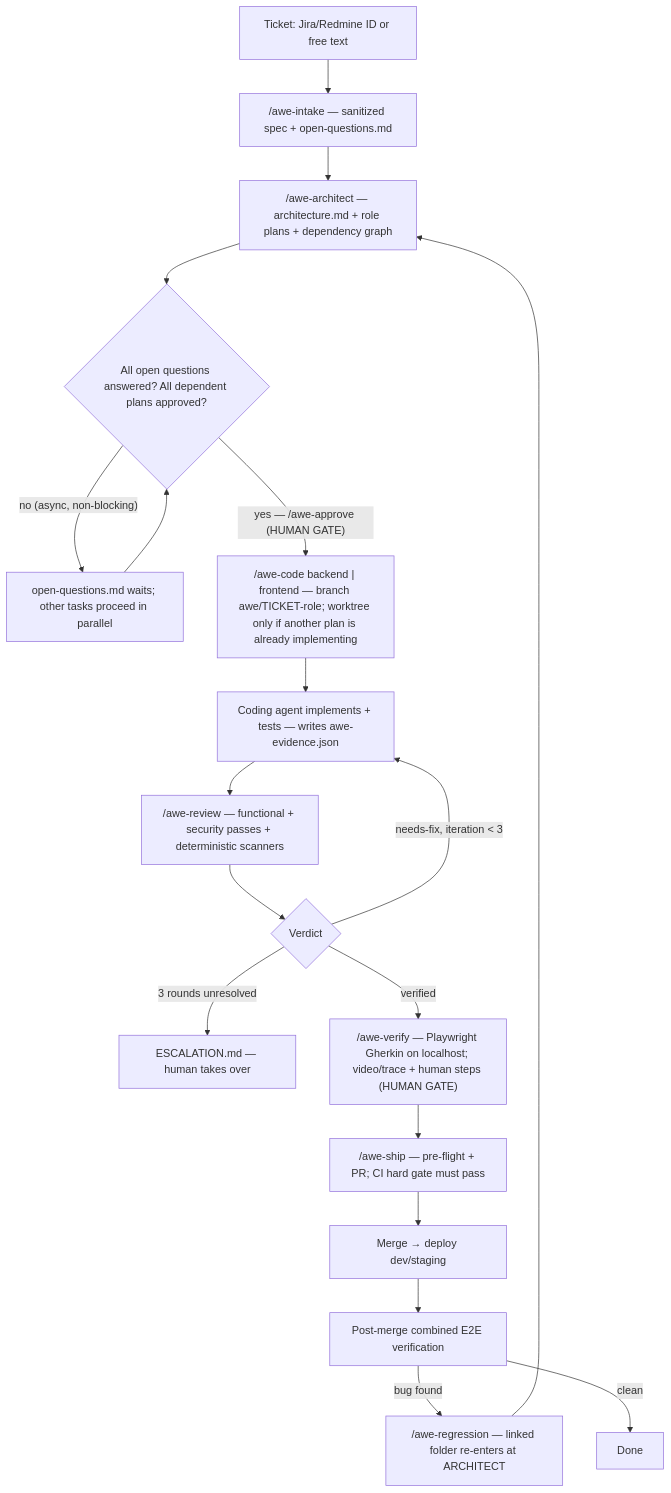
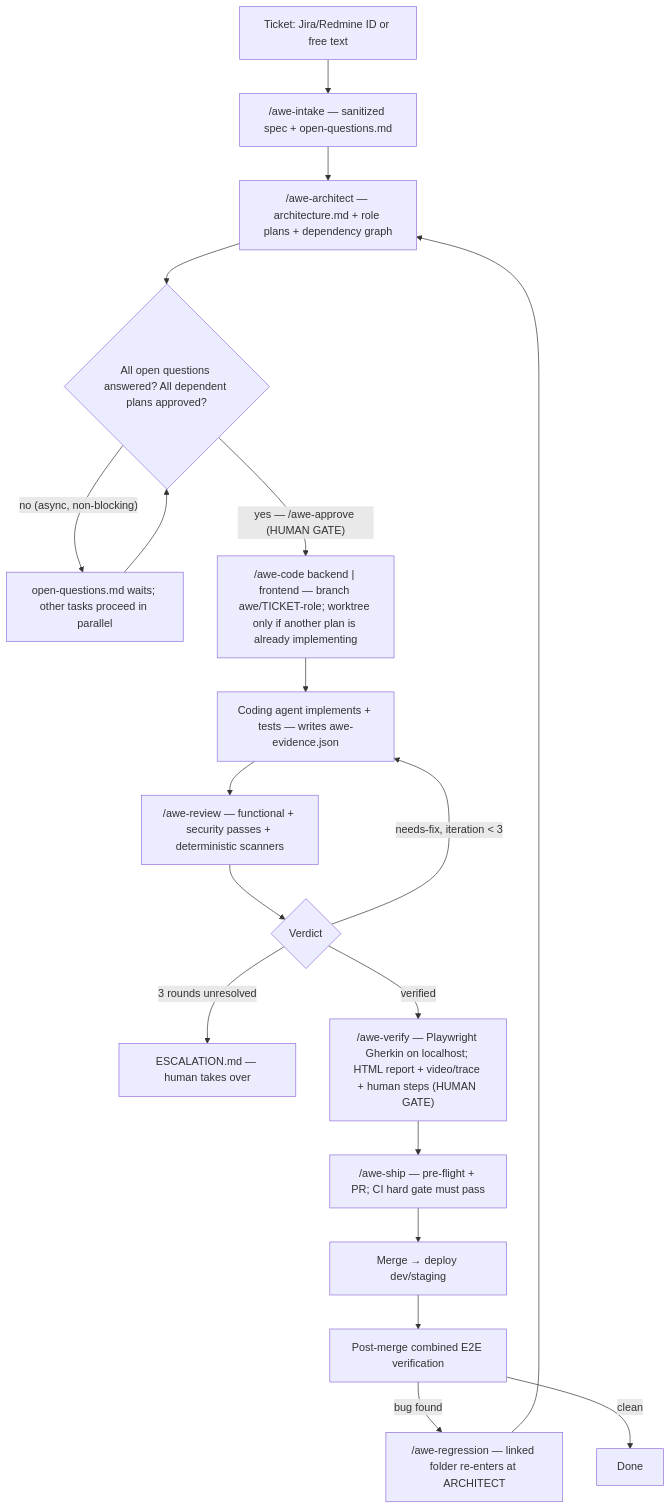
Before and after one commit to muizather/rt-coding-essentials: the first of 11 diagrams in docs/FLOW.md, drawn with Mermaid. The commit also changed other lines of this file and 26 other files, not shown here.

````diff
--- a/docs/FLOW.md
+++ b/docs/FLOW.md
@@ -16,21 +16,21 @@
 ```mermaid
 flowchart TD
     A["Ticket: Jira/Redmine ID or free text"] --> B["/awe-intake — sanitized spec + open-questions.md"]
     B --> C["/awe-architect — architecture.md + role plans + dependency graph"]
     C --> D{"All open questions answered? All dependent plans approved?"}
     D -- "no (async, non-blocking)" --> DQ["open-questions.md waits; other tasks proceed in parallel"]
     DQ --> D
     D -- "yes — /awe-approve (HUMAN GATE)" --> E["/awe-code backend | frontend — branch awe/TICKET-role; worktree only if another plan is already implementing"]
     E --> F["Coding agent implements + tests — writes awe-evidence.json"]
     F --> G["/awe-review — functional + security passes + deterministic scanners"]
     G --> H{"Verdict"}
     H -- "needs-fix, iteration < 3" --> F
     H -- "3 rounds unresolved" --> ESC["ESCALATION.md — human takes over"]
-    H -- "verified" --> I["/awe-verify — Playwright Gherkin on localhost; video/trace + human steps (HUMAN GATE)"]
+    H -- "verified" --> I["/awe-verify — Playwright Gherkin on localhost; HTML report + video/trace + human steps (HUMAN GATE)"]
     I --> J["/awe-ship — pre-flight + PR; CI hard gate must pass"]
     J --> K["Merge → deploy dev/staging"]
     K --> L["Post-merge combined E2E verification"]
     L -- "bug found" --> M["/awe-regression — linked folder re-enters at ARCHITECT"]
     M --> C
     L -- "clean" --> N["Done"]
 ```
````
